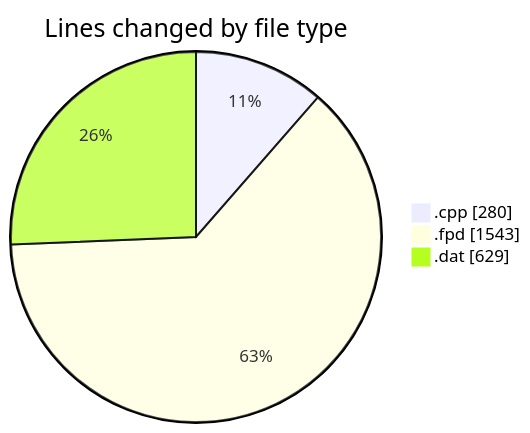
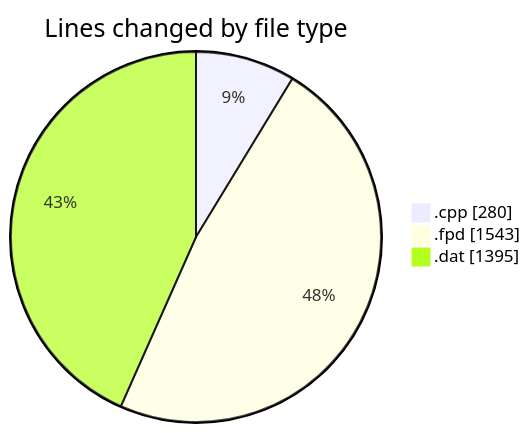
Before and after one commit to ricardozamudiocil/code-tracking: the first of 2 diagrams in 2026-07-02/cilapp/README.md, drawn with Mermaid. The commit also changed other lines of this file and 1 other file, not shown here.

````diff
--- a/2026-07-02/cilapp/README.md
+++ b/2026-07-02/cilapp/README.md
@@ -23,7 +23,7 @@
 ```mermaid
 pie showData
 title Lines changed by file type
 ".cpp" : 280
 ".fpd" : 1543
-".dat" : 629
+".dat" : 1395
 ```
````
